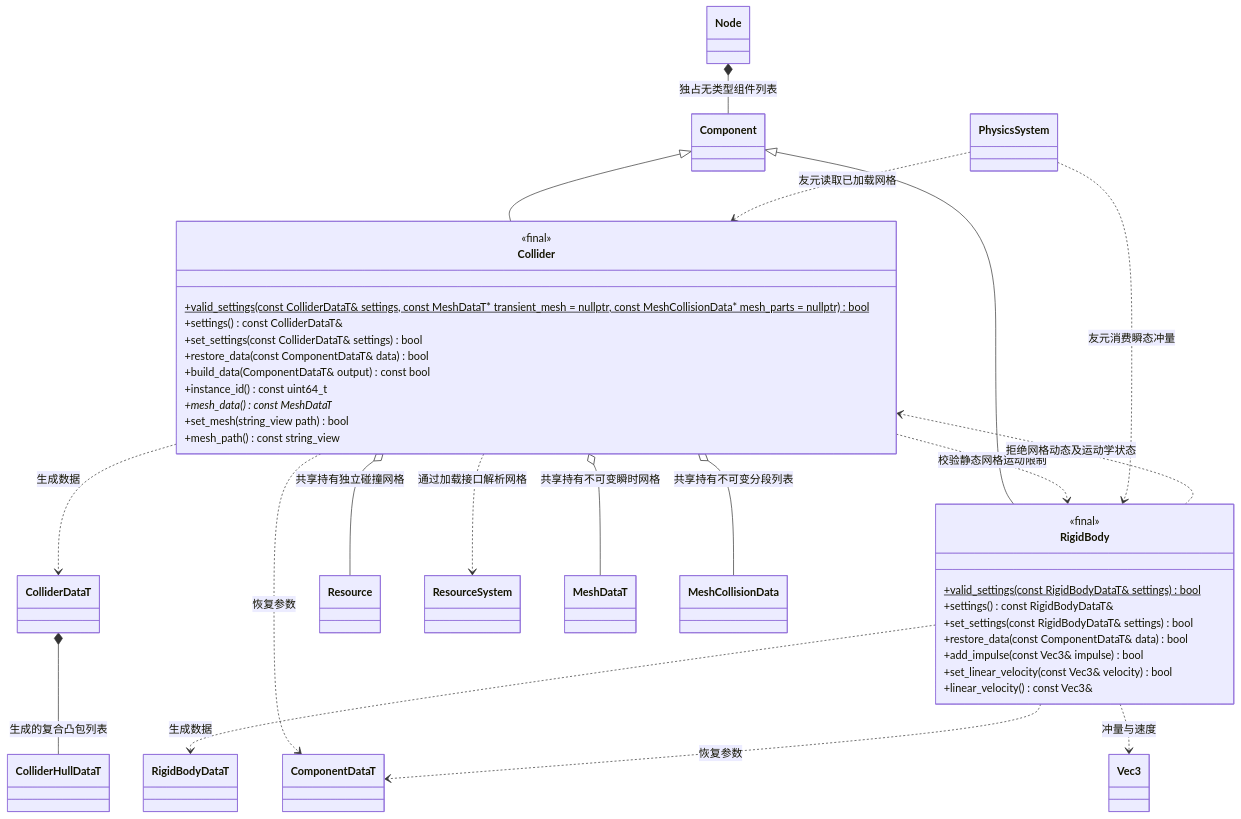
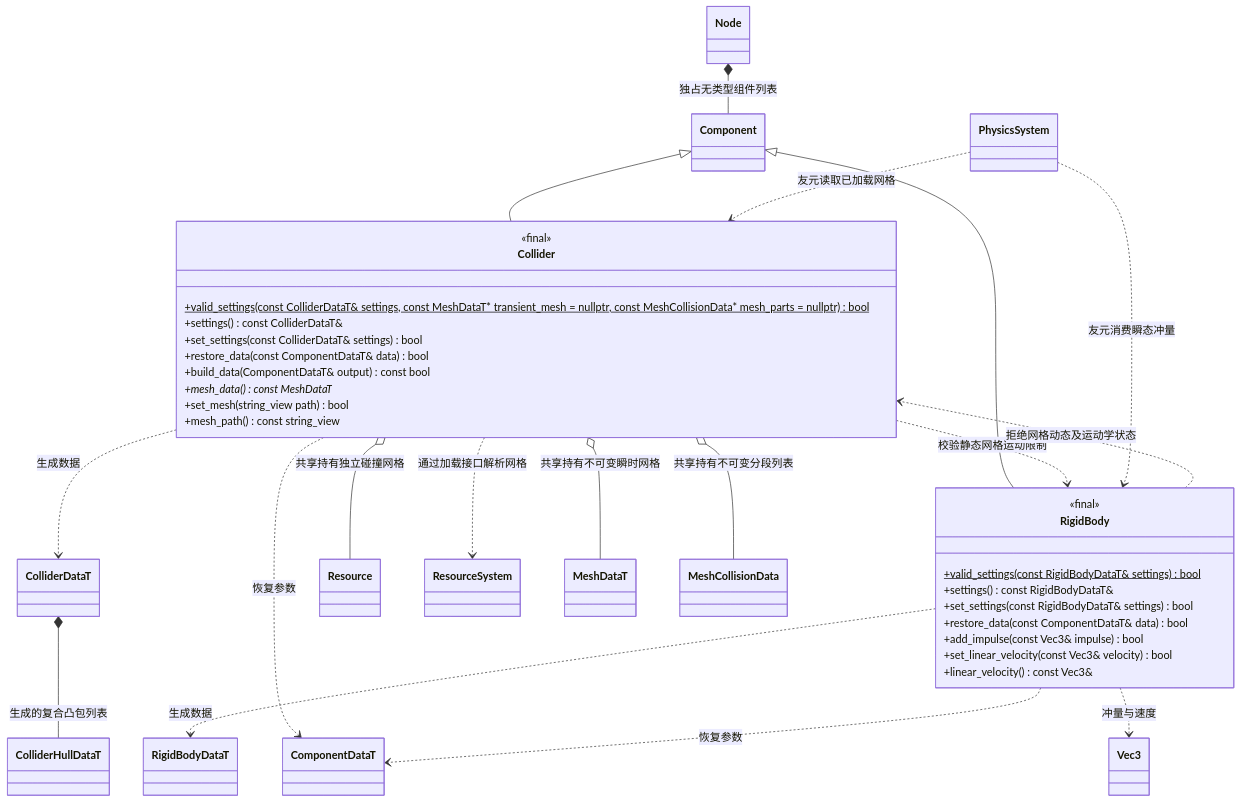
One commit to lcals/Engine changed the diagram in docs/runtime/class-diagrams/physics-components.md. Above: the diagram before and after it, drawn with Mermaid. The commit also changed 195 other files, not shown here.

````diff
--- a/docs/runtime/class-diagrams/physics-components.md
+++ b/docs/runtime/class-diagrams/physics-components.md
@@ -7,54 +7,53 @@
 ```mermaid
 classDiagram
     class Collider {
         <<final>>
         +valid_settings(const ColliderDataT& settings, const MeshDataT* transient_mesh = nullptr, const MeshCollisionData* mesh_parts = nullptr) bool$
         +settings() const ColliderDataT&
         +set_settings(const ColliderDataT& settings) bool
         +restore_data(const ComponentDataT& data) bool
         +build_data(ComponentDataT& output) const bool
-        +instance_id() const uint64_t
         +mesh_data() const MeshDataT*
         +set_mesh(string_view path) bool
         +mesh_path() const string_view
     }
     class RigidBody {
         <<final>>
         +valid_settings(const RigidBodyDataT& settings) bool$
         +settings() const RigidBodyDataT&
         +set_settings(const RigidBodyDataT& settings) bool
         +restore_data(const ComponentDataT& data) bool
         +add_impulse(const Vec3& impulse) bool
         +set_linear_velocity(const Vec3& velocity) bool
         +linear_velocity() const Vec3&
     }
     class Component
     class Node
     class PhysicsSystem
     class ColliderDataT
     class ColliderHullDataT
     class RigidBodyDataT
     class ComponentDataT
     class Vec3
     class Resource
     class ResourceSystem
     class MeshDataT
     class MeshCollisionData
     Component <|-- Collider
     Component <|-- RigidBody
     Node *-- Component : 独占无类型组件列表
     Collider ..> ColliderDataT : 生成数据
     ColliderDataT *-- ColliderHullDataT : 生成的复合凸包列表
     Collider o-- Resource : 共享持有独立碰撞网格
     Collider o-- MeshDataT : 共享持有不可变瞬时网格
     Collider o-- MeshCollisionData : 共享持有不可变分段列表
     Collider ..> ResourceSystem : 通过加载接口解析网格
     RigidBody ..> RigidBodyDataT : 生成数据
     Collider ..> RigidBody : 校验静态网格运动限制
     RigidBody ..> Collider : 拒绝网格动态及运动学状态
     Collider ..> ComponentDataT : 恢复参数
     RigidBody ..> ComponentDataT : 恢复参数
     RigidBody ..> Vec3 : 冲量与速度
     PhysicsSystem ..> RigidBody : 友元消费瞬态冲量
     PhysicsSystem ..> Collider : 友元读取已加载网格
 ```
````
